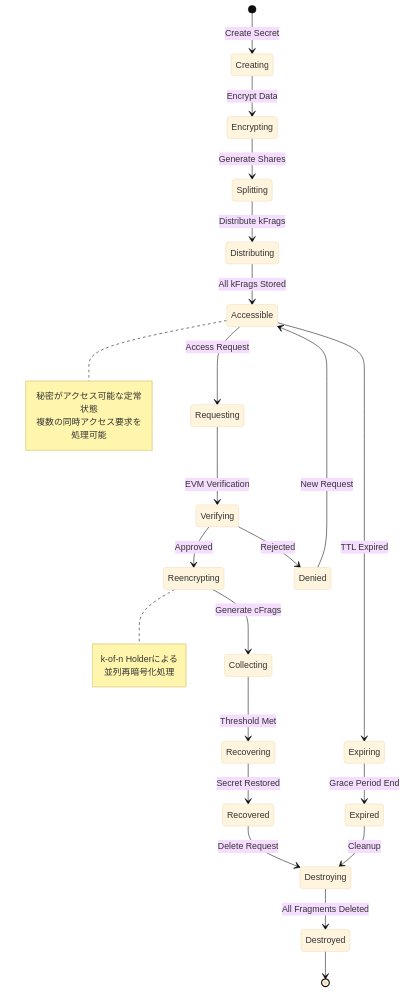
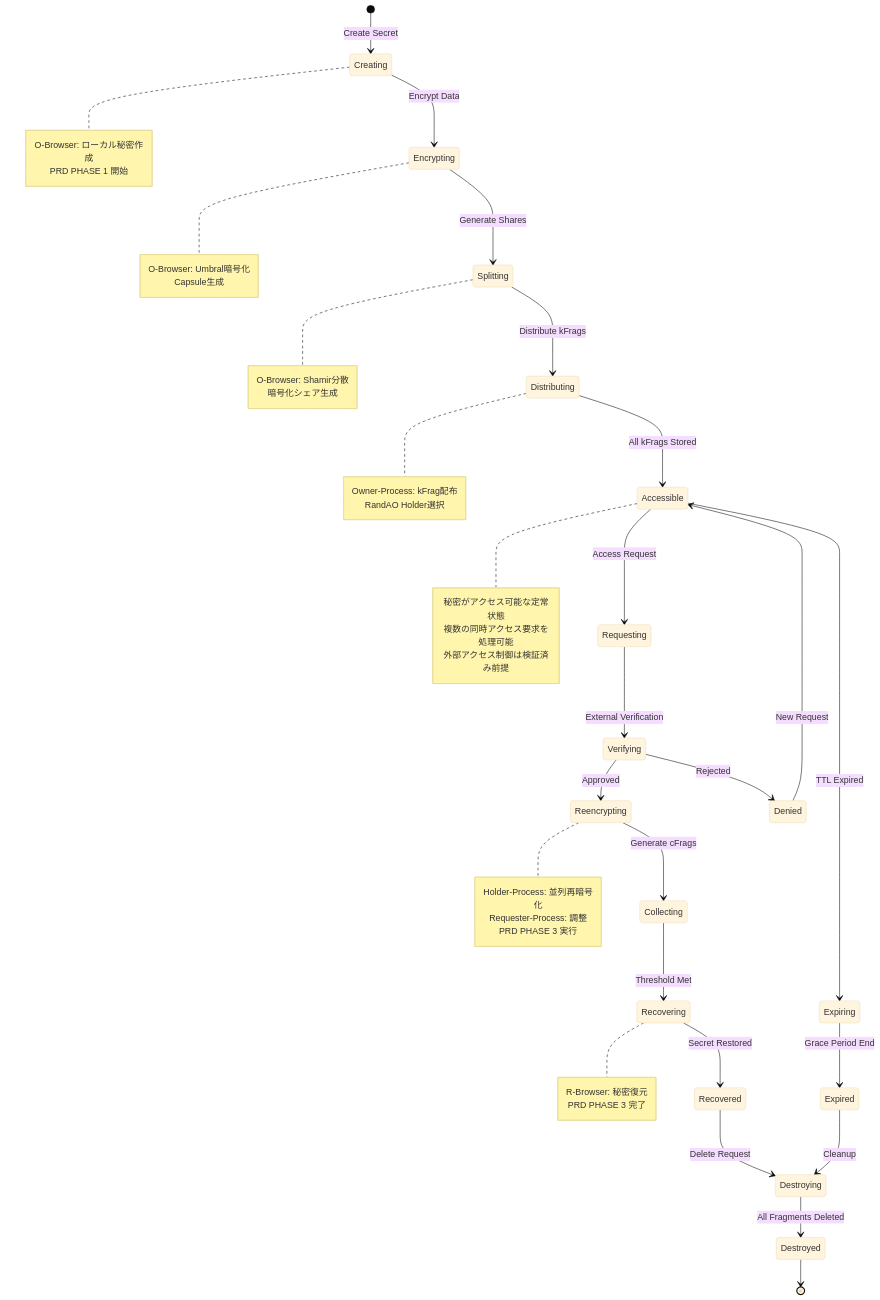
One commit to shodaimomiyama/D-TPRES changed the diagram in docs/development/lifecycle/secret_lifecycle.md. Above: the diagram before and after it, drawn with Mermaid (base theme). The commit also changed other lines of this file and 2 other files, not shown here.

````diff
--- a/docs/development/lifecycle/secret_lifecycle.md
+++ b/docs/development/lifecycle/secret_lifecycle.md
@@ -20,38 +40,65 @@
 ```mermaid
 stateDiagram-v2
     [*] --> Creating: Create Secret
-    
+
     Creating --> Encrypting: Encrypt Data
     Encrypting --> Splitting: Generate Shares
     Splitting --> Distributing: Distribute kFrags
     Distributing --> Accessible: All kFrags Stored
-    
+
     Accessible --> Requesting: Access Request
-    Requesting --> Verifying: EVM Verification
+    Requesting --> Verifying: External Verification
     Verifying --> Reencrypting: Approved
     Verifying --> Denied: Rejected
-    
+
     Reencrypting --> Collecting: Generate cFrags
     Collecting --> Recovering: Threshold Met
     Recovering --> Recovered: Secret Restored
-    
+
     Accessible --> Expiring: TTL Expired
     Expiring --> Expired: Grace Period End
-    
+
     Recovered --> Destroying: Delete Request
     Expired --> Destroying: Cleanup
     Denied --> Accessible: New Request
-    
+
     Destroying --> Destroyed: All Fragments Deleted
     Destroyed --> [*]
-    
+
+    note right of Creating
+        O-Browser: ローカル秘密作成
+        PRD PHASE 1 開始
+    end note
+
+    note right of Encrypting
+        O-Browser: Umbral暗号化
+        Capsule生成
+    end note
+
+    note right of Splitting
+        O-Browser: Shamir分散
+        暗号化シェア生成
+    end note
+
+    note right of Distributing
+        Owner-Process: kFrag配布
+        RandAO Holder選択
+    end note
+
     note right of Accessible
         秘密がアクセス可能な定常状態
         複数の同時アクセス要求を処理可能
+        外部アクセス制御は検証済み前提
     end note
-    
+
     note right of Reencrypting
-        k-of-n Holderによる
-        並列再暗号化処理
+        Holder-Process: 並列再暗号化
+        Requester-Process: 調整
+        PRD PHASE 3 実行
+    end note
+
+    note right of Recovering
+        R-Browser: 秘密復元
+        PRD PHASE 3 完了
     end note
 ```
````
